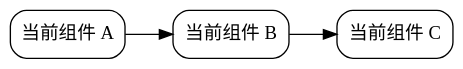
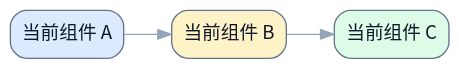
One commit to terencefan/inority-workspace changed the first of 3 diagrams in skills/write-spec/tests/assets/reference-spec.md. Above: the diagram before and after it, drawn with Graphviz. The commit also changed other lines of this file and 28 other files, not shown here.

````diff
--- a/skills/write-spec/tests/assets/reference-spec.md
+++ b/skills/write-spec/tests/assets/reference-spec.md
@@ -15,13 +15,14 @@
 ```dot
 digraph CurrentState {
   rankdir=LR;
-  graph [bgcolor="transparent"];
-  node [shape=box, style="rounded"];
+  graph [bgcolor="transparent", fontname="Noto Sans CJK SC"];
+  node [fontname="Noto Sans CJK SC", shape=box, style="rounded,filled", color="#64748b", fontcolor="#0f172a", fillcolor="#f8fafc"];
+  edge [fontname="Noto Sans CJK SC", color="#94a3b8", fontcolor="#94a3b8"];
 
-  current_a [label="当前组件 A"];
-  current_b [label="当前组件 B"];
-  current_c [label="当前组件 C"];
+  current_a [label="当前组件 A", fillcolor="#dbeafe"];
+  current_b [label="当前组件 B", fillcolor="#fef3c7"];
+  current_c [label="当前组件 C", fillcolor="#dcfce7"];
 
   current_a -> current_b -> current_c;
 }
 ```
````
